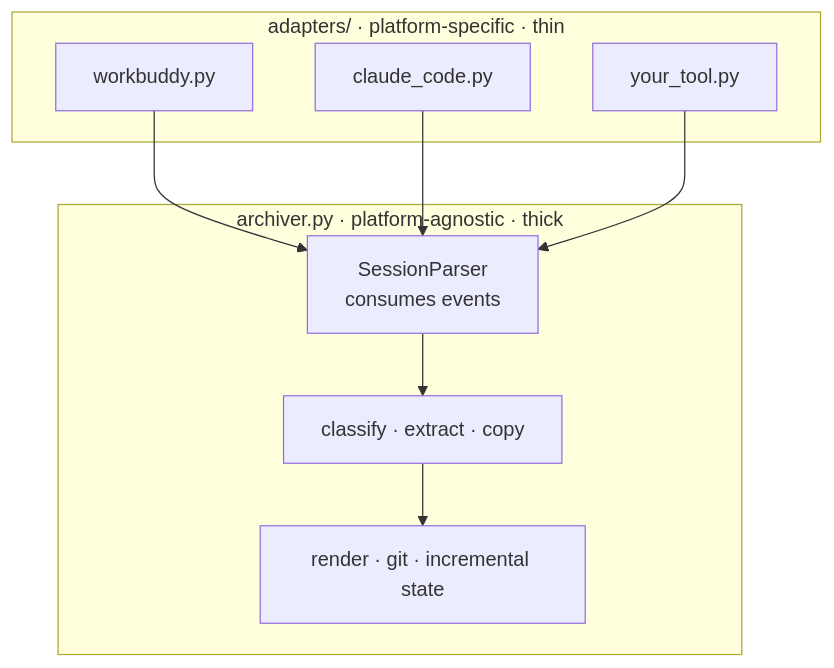
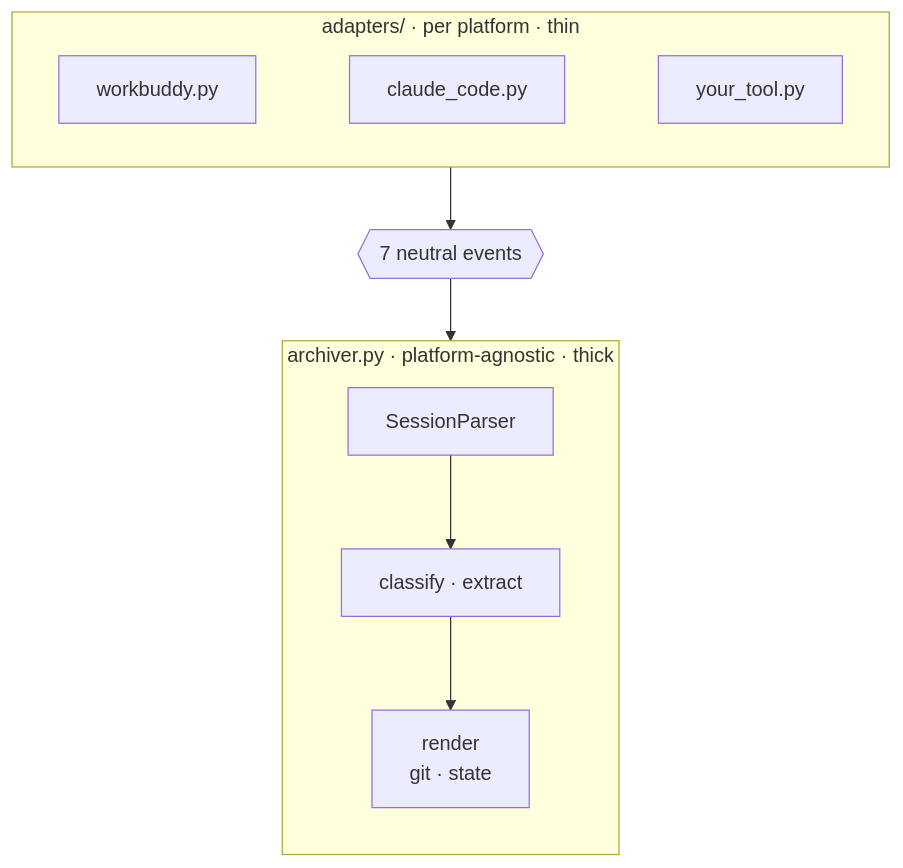
The second of 2 diagrams in README.en.md (winrich/dev-project-archivist), drawn with Mermaid before and after one commit. The commit also changed other lines of this file and 1 other file, not shown here.

Commit message:
docs: 精修两张 mermaid 图，消除断字与错位
用 mermaid 官方渲染服务逐版出图核对，修掉三处排版缺陷：
- 流水线图的回环边导致节点阶梯错位 → 改为单行六节点，指纹库作为末节点
- 节点文字被折断（如「复制」单字成行）→ 节点标签改为两行短句
- 适配器图的汇聚箭头压住分组标题 → 中间插入「中立节点」承接
- 英文版单独调整换行（Render / git init、render / git · state）

四张图块与已验证版本逐字节比对通过。

````diff
--- a/README.en.md
+++ b/README.en.md
@@ -129,17 +125,16 @@
 ```mermaid
 flowchart TB
-  subgraph AD["adapters/ · platform-specific · thin"]
+  subgraph AD["adapters/ · per platform · thin"]
+    direction LR
     W["workbuddy.py"]
     CC["claude_code.py"]
     MINE["your_tool.py"]
+    W ~~~ CC ~~~ MINE
   end
+  E{{"7 neutral events"}}
   subgraph CORE["archiver.py · platform-agnostic · thick"]
-    P["SessionParser<br/>consumes events"]
-    X["classify · extract · copy"]
-    R["render · git · incremental state"]
+    direction TB
+    P["SessionParser"] --> X["classify · extract"] --> R["render<br/>git · state"]
   end
-  W --> P
-  CC --> P
-  MINE --> P
-  P --> X --> R
+  AD --> E --> CORE
 ```
````
